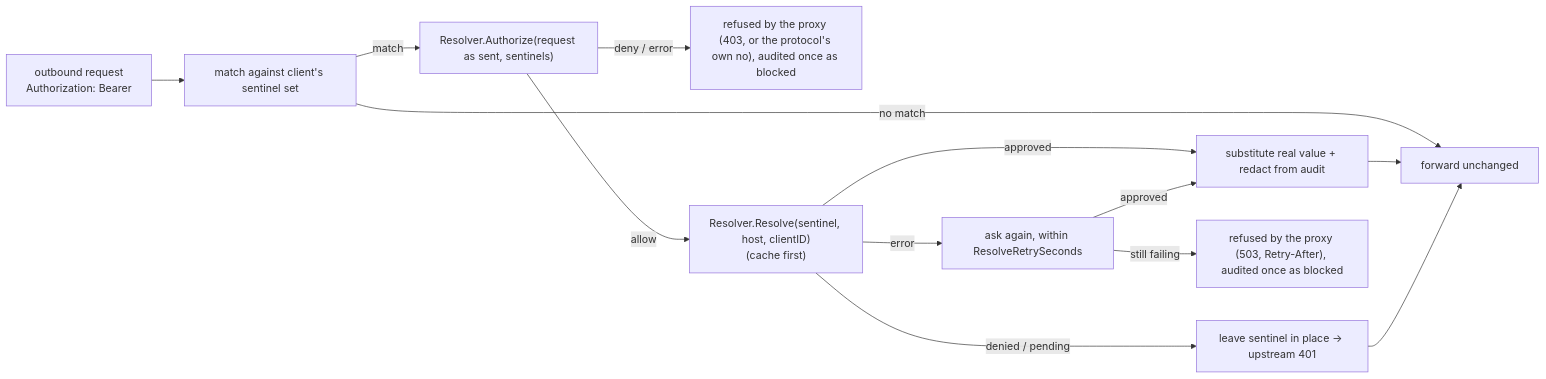
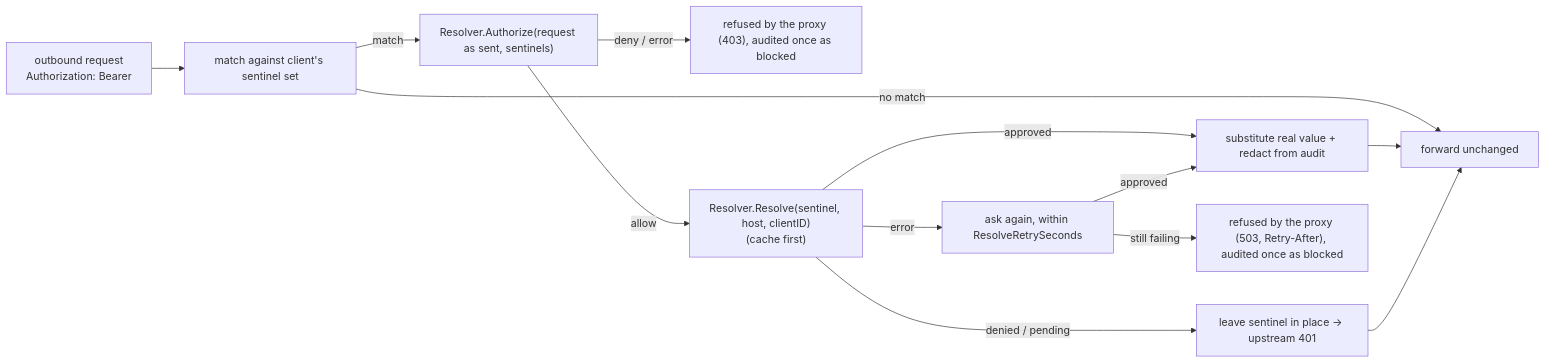
The third of 5 diagrams in proxy/DESIGN.md (discobox-ai/discobox), drawn with Mermaid before and after one commit. The commit also changed other lines of this file and 681 other files, not shown here.

````diff
--- a/proxy/DESIGN.md
+++ b/proxy/DESIGN.md
@@ -392,15 +392,15 @@
 ```mermaid
 flowchart LR
     req["outbound request\nAuthorization: Bearer <sentinel>"] --> scan["match against client's sentinel set"]
     scan -->|no match| fwd["forward unchanged"]
-    scan -->|match| judge["Resolver.Authorize(request as sent, sentinels)"]
-    judge -->|deny / error| refuse["refused by the proxy (403, or the protocol's own no), audited once as blocked"]
-    judge -->|allow| resolve["Resolver.Resolve(sentinel, host, clientID)\n(cache first)"]
+    scan -->|match| authorize["Resolver.Authorize(request as sent, sentinels)"]
+    authorize -->|deny / error| refuse["refused by the proxy (403), audited once as blocked"]
+    authorize -->|allow| resolve["Resolver.Resolve(sentinel, host, clientID)\n(cache first)"]
     resolve -->|approved| swap["substitute real value + redact from audit"]
     resolve -->|denied / pending| leave["leave sentinel in place → upstream 401"]
     resolve -->|error| retry["ask again, within ResolveRetrySeconds"]
     retry -->|approved| swap
     retry -->|still failing| unavailable["refused by the proxy (503, Retry-After), audited once as blocked"]
     swap --> fwd
     leave --> fwd
 ```
````
